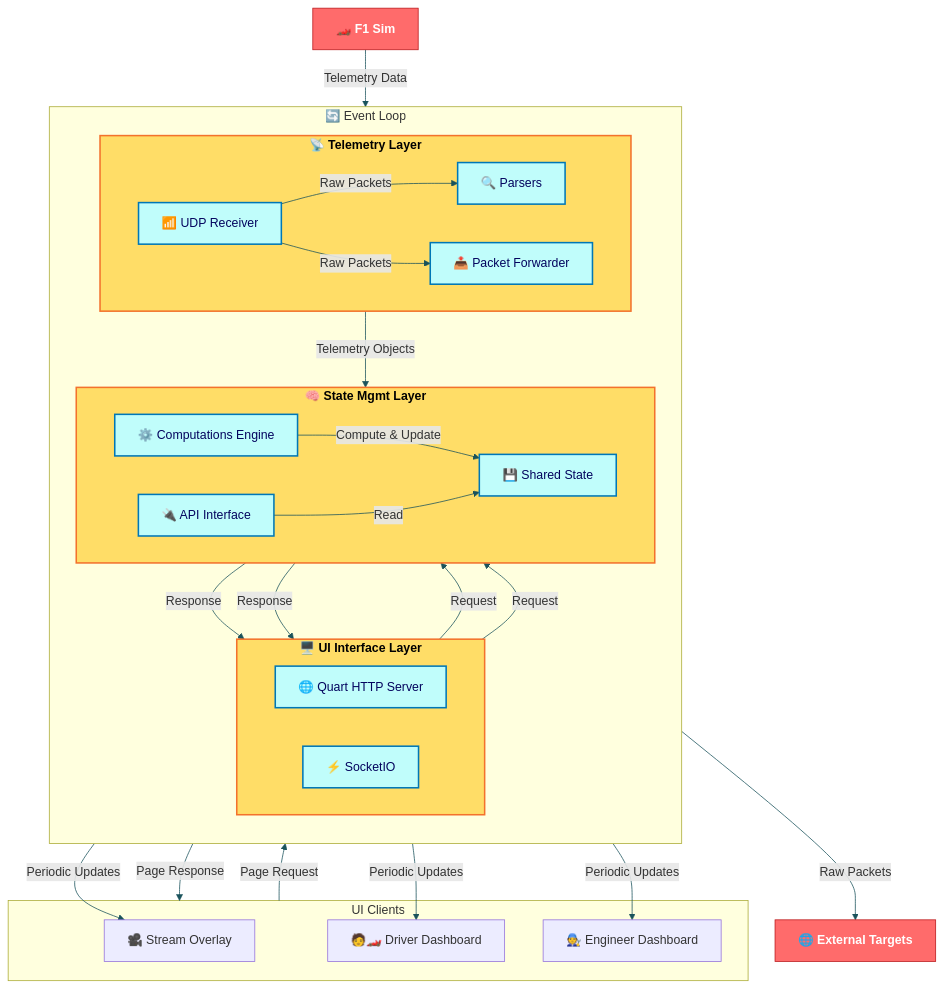
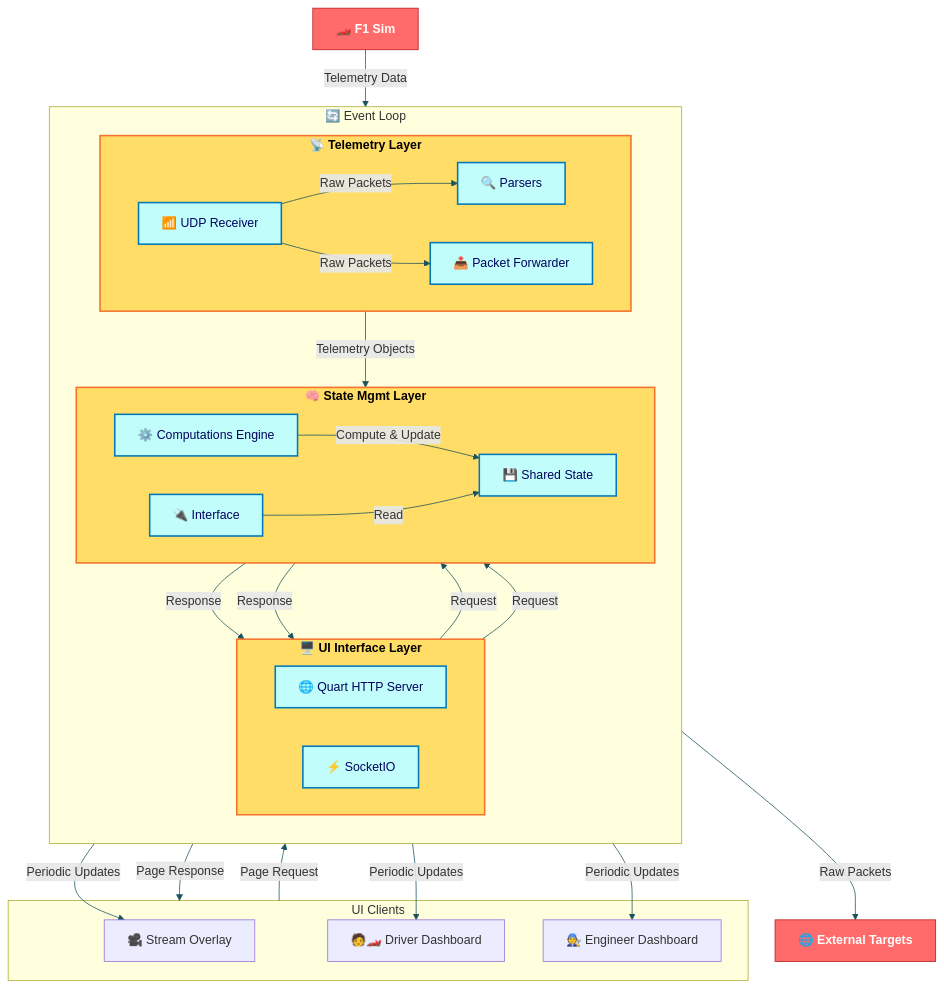
The diagram in docs/arch.mmd (ashwin-nat/pits-n-giggles), drawn with Mermaid before and after one commit.

Commit message:
arch diagram update

```diff
--- a/docs/arch.mmd
+++ b/docs/arch.mmd
@@ -1,72 +1,72 @@
 %%{ init : { "theme" : "default", "themeVariables": {
     "background": "#ffffff",
     "primaryColor": "#4ECDC4",
     "primaryTextColor": "#1A535C",
     "primaryBorderColor": "#1A535C",
     "lineColor": "#1A535C",
     "fontSize": "16px"
 }} }%%
 
 flowchart TD
     %% Main components
     F1_SIM["🏎️ F1 Sim"]
     EXT_TGT["🌐 External Targets"]
 
     %% Event Loop with revised layout - UI and Telemetry on same level, State Management below
     subgraph EVENT_LOOP["🔄 Event Loop"]
         direction TB
 
         subgraph TELEMETRY_LAYER["📡 Telemetry Layer"]
             direction LR
             UDP_RECV["📶 UDP Receiver"]
             PARSERS["🔍 Parsers"]
             PACKET_FWD["📤 Packet Forwarder"]
         end
 
         subgraph UI_INTF_LAYER["🖥️ UI Interface Layer"]
             direction LR
             QUART["🌐 Quart HTTP Server"]
             SOCKETIO["⚡ SocketIO"]
         end
 
         subgraph STATE_MGMT_LAYER["🧠 State Mgmt Layer"]
             direction LR
             COMP_ENGINE["⚙️ Computations Engine"]
             SHARED_STATE["💾 Shared State"]
-            API_INTF["🔌 API Interface"]
+            API_INTF["🔌 Interface"]
         end
     end
 
     subgraph UI_CLIENTS["UI Clients"]
         STREAM_OVERLAY["🎥 Stream Overlay"]
         DRV_VIEW["🧑🏎️ Driver Dashboard"]
         ENG_VIEW["🧑‍🔧 Engineer Dashboard"]
     end
 
     %% External connections
     F1_SIM -->|"Telemetry Data"| UDP_RECV
     UDP_RECV -->|"Raw Packets"| PARSERS
     UDP_RECV -->|"Raw Packets"| PACKET_FWD
     PACKET_FWD -->|"Raw Packets"| EXT_TGT
     PARSERS -->|"Telemetry Objects"| COMP_ENGINE
     COMP_ENGINE -->|"Compute & Update"| SHARED_STATE
     API_INTF -->|"Read"| SHARED_STATE
     QUART -->|"Request"| API_INTF
     API_INTF -->|"Response"| QUART
     SOCKETIO -->|"Request"| API_INTF
     API_INTF -->|"Response"| SOCKETIO
     SOCKETIO -->|"Periodic Updates"| STREAM_OVERLAY
     SOCKETIO -->|"Periodic Updates"| DRV_VIEW
     SOCKETIO -->|"Periodic Updates"| ENG_VIEW
     UI_CLIENTS -->|"Page Request"| QUART
     QUART -->|"Page Response"| UI_CLIENTS
 
 
     %% Classes for styles
     classDef external fill:#FF6B6B,stroke:#BA181B,color:#ffffff,font-weight:bold
     classDef layer fill:#FFDD67,stroke:#F3722C,stroke-width:2px,color:#000000,font-weight:bold
     classDef component fill:#C0FDFB,stroke:#0077B6,stroke-width:2px,color:#03045E,rounded
 
     class F1_SIM,EXT_TGT external
     class TELEMETRY_LAYER,STATE_MGMT_LAYER,UI_INTF_LAYER layer
     class UDP_RECV,PARSERS,PACKET_FWD,COMP_ENGINE,API_INTF,SHARED_STATE,QUART,SOCKETIO component
```
